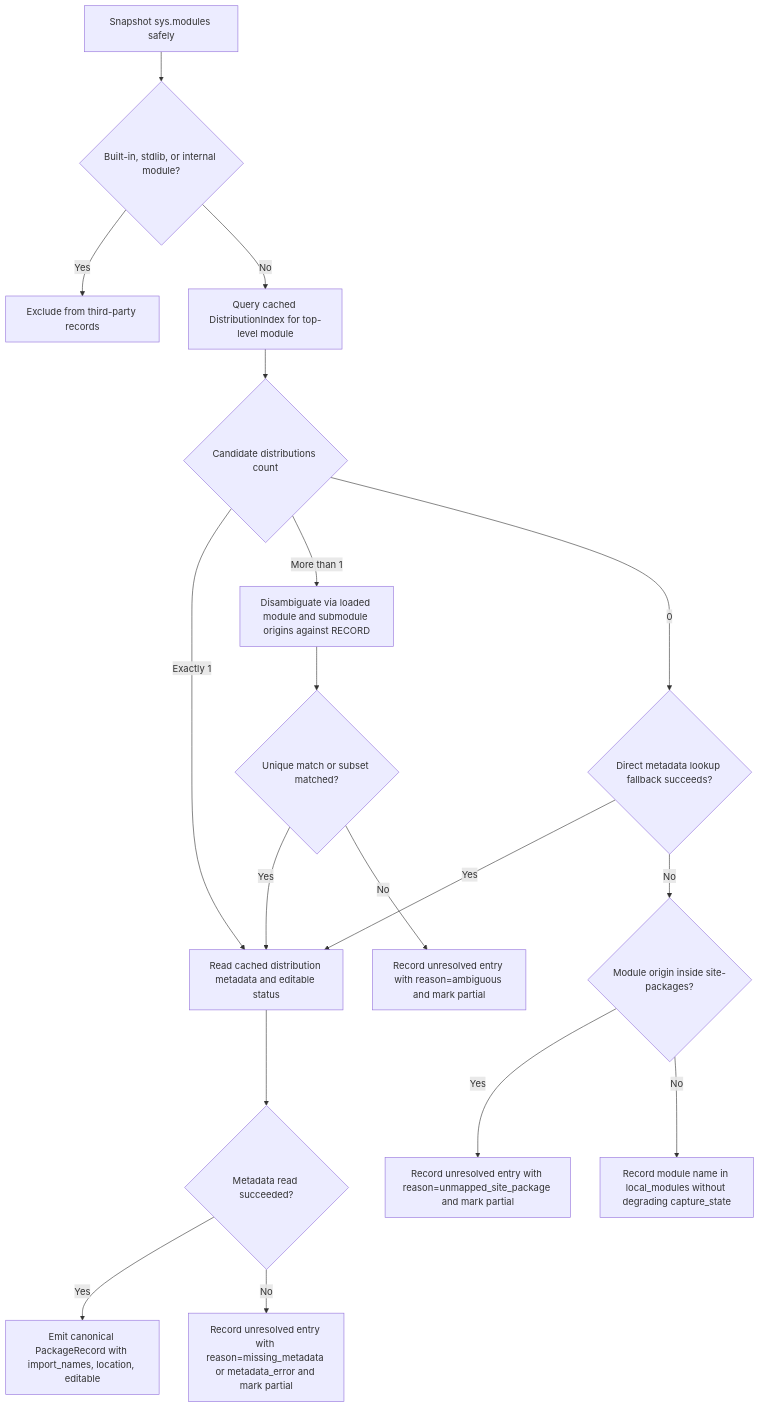
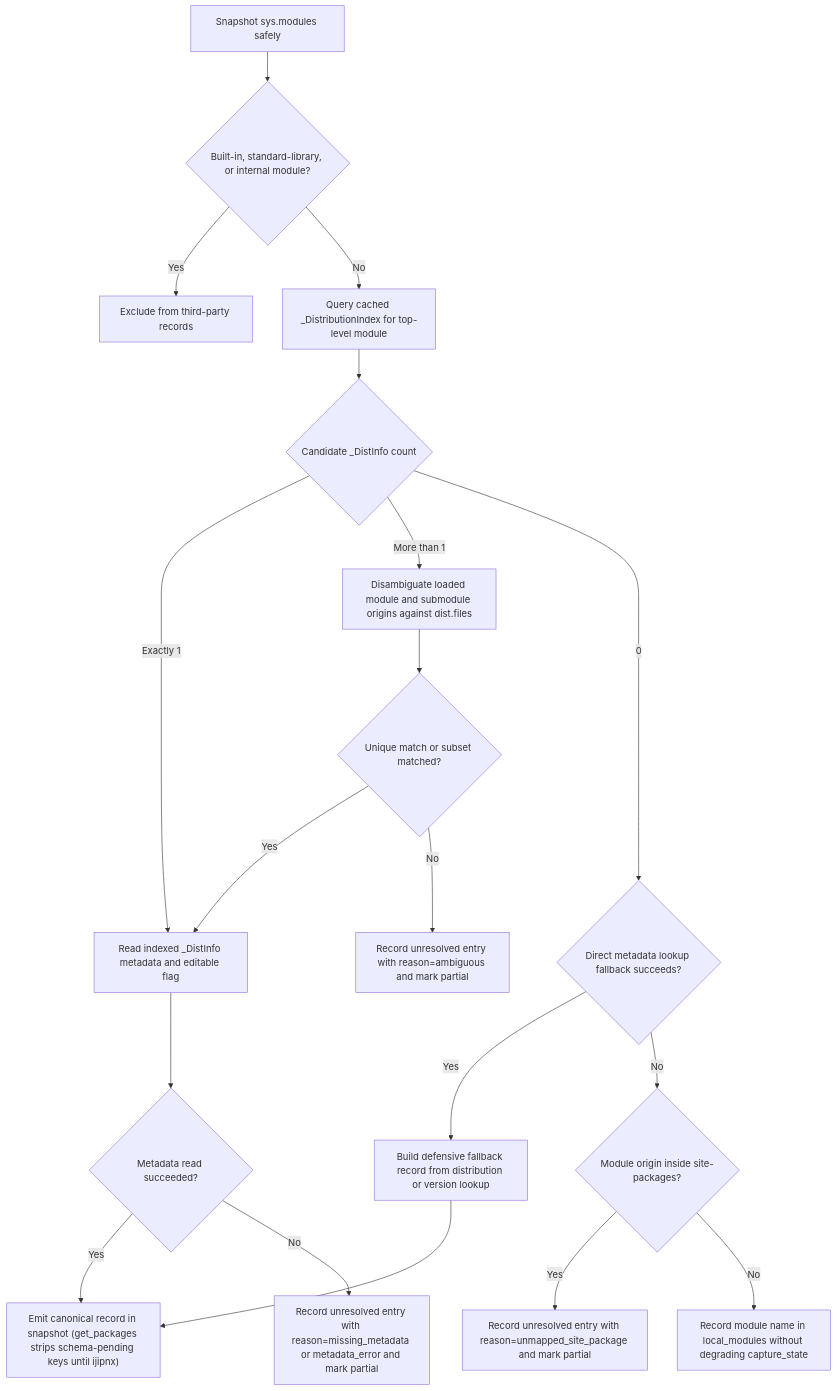
One commit to fariello/pubrun changed the first of 2 diagrams in .aw/records/plans/pending/20261121-dep-capture-01-uil22c-distribution-identity-resolution-caching-and-module-edge-cas.ipd.md. Above: the diagram before and after it, drawn with Mermaid. The commit also changed other lines of this file and 1 other file, not shown here.

````diff
--- a/.aw/records/plans/pending/20261121-dep-capture-01-uil22c-distribution-identity-resolution-caching-and-module-edge-cas.ipd.md
+++ b/.aw/records/plans/pending/20261121-dep-capture-01-uil22c-distribution-identity-resolution-caching-and-module-edge-cas.ipd.md
@@ -36,20 +39,21 @@
 ```mermaid
 flowchart TD
-    A["Snapshot sys.modules safely"] --> B{"Built-in, stdlib, or internal module?"}
+    A["Snapshot sys.modules safely"] --> B{"Built-in, standard-library, or internal module?"}
     B -->|Yes| C["Exclude from third-party records"]
-    B -->|No| D["Query cached DistributionIndex for top-level module"]
-    D --> E{"Candidate distributions count"}
-    E -->|Exactly 1| F["Read cached distribution metadata and editable status"]
-    E -->|More than 1| G["Disambiguate via loaded module and submodule origins against RECORD"]
+    B -->|No| D["Query cached _DistributionIndex for top-level module"]
+    D --> E{"Candidate _DistInfo count"}
+    E -->|Exactly 1| F["Read indexed _DistInfo metadata and editable flag"]
+    E -->|More than 1| G["Disambiguate loaded module and submodule origins against dist.files"]
     G --> H{"Unique match or subset matched?"}
     H -->|Yes| F
     H -->|No| I["Record unresolved entry with reason=ambiguous and mark partial"]
     E -->|0| J{"Direct metadata lookup fallback succeeds?"}
-    J -->|Yes| F
+    J -->|Yes| J1["Build defensive fallback record from distribution or version lookup"]
     J -->|No| K{"Module origin inside site-packages?"}
     K -->|Yes| L["Record unresolved entry with reason=unmapped_site_package and mark partial"]
     K -->|No| M["Record module name in local_modules without degrading capture_state"]
     F --> N{"Metadata read succeeded?"}
-    N -->|Yes| O["Emit canonical PackageRecord with import_names, location, editable"]
+    N -->|Yes| O["Emit canonical record in snapshot (get_packages strips schema-pending keys until ijipnx)"]
+    J1 --> O
     N -->|No| P["Record unresolved entry with reason=missing_metadata or metadata_error and mark partial"]
 ```
````
